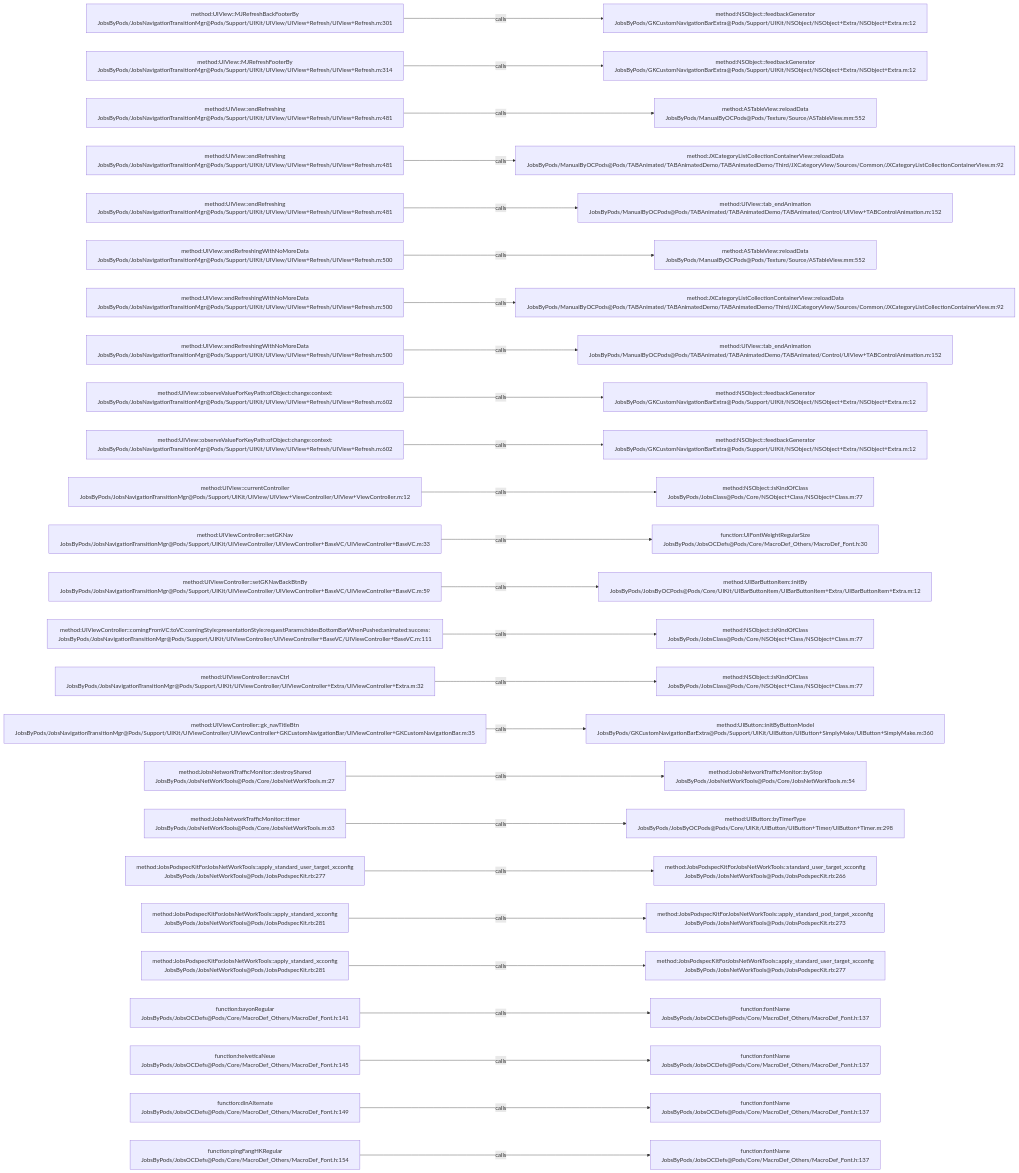
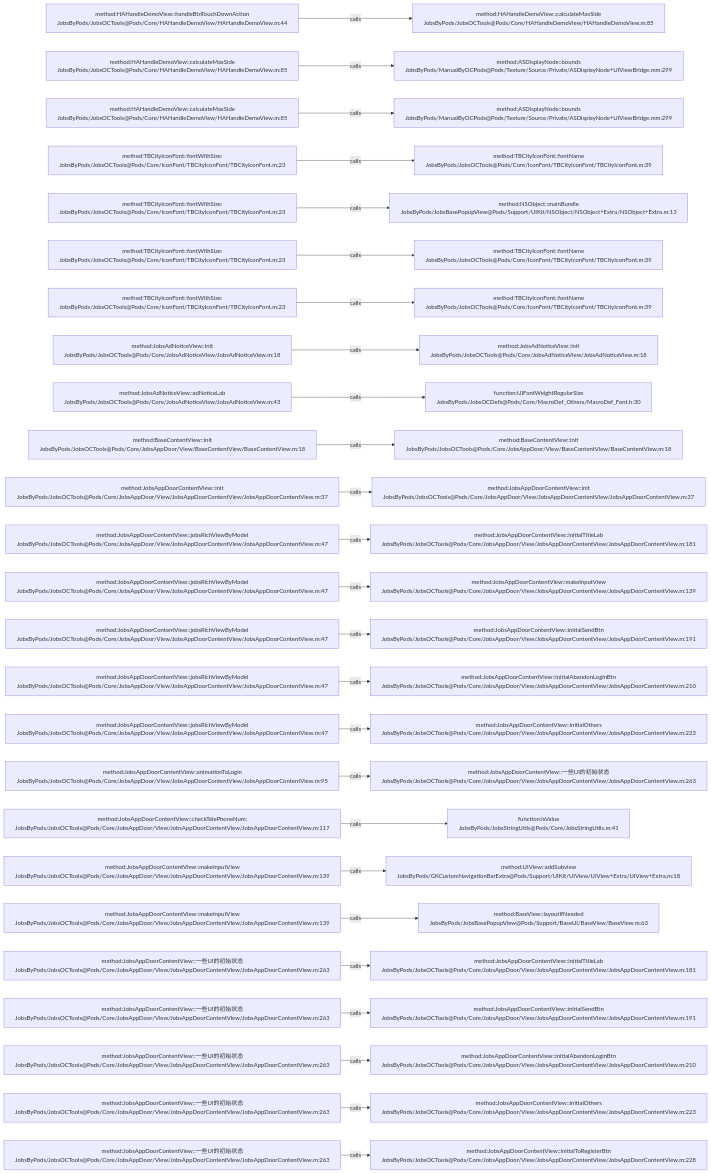
One commit to JobsKits/JobsOCBaseConfigDemo changed the diagram in .codegraph/codegraph.md/graphs/calls-142.md. Above: the diagram before and after it, drawn with Mermaid. The commit also changed 639 other files, not shown here.

````diff
--- a/.codegraph/codegraph.md/graphs/calls-142.md
+++ b/.codegraph/codegraph.md/graphs/calls-142.md
@@ -13,78 +13,78 @@
 ```mermaid
 flowchart LR
-  S1["method:UIView::MJRefreshBackFooterBy<br/>JobsByPods/JobsNavigationTransitionMgr@Pods/Support/UIKit/UIView/UIView+Refresh/UIView+Refresh.m:301"]
-  T1["method:NSObject::feedbackGenerator<br/>JobsByPods/GKCustomNavigationBarExtra@Pods/Support/UIKit/NSObject/NSObject+Extra/NSObject+Extra.m:12"]
+  S1["method:HAHandleDemoView::handleBtnTouchDownAction<br/>JobsByPods/JobsOCTools@Pods/Core/HAHandleDemoView/HAHandleDemoView.m:44"]
+  T1["method:HAHandleDemoView::calculateMaxSide<br/>JobsByPods/JobsOCTools@Pods/Core/HAHandleDemoView/HAHandleDemoView.m:85"]
   S1 -->|calls| T1
-  S2["method:UIView::MJRefreshFooterBy<br/>JobsByPods/JobsNavigationTransitionMgr@Pods/Support/UIKit/UIView/UIView+Refresh/UIView+Refresh.m:314"]
-  T2["method:NSObject::feedbackGenerator<br/>JobsByPods/GKCustomNavigationBarExtra@Pods/Support/UIKit/NSObject/NSObject+Extra/NSObject+Extra.m:12"]
+  S2["method:HAHandleDemoView::calculateMaxSide<br/>JobsByPods/JobsOCTools@Pods/Core/HAHandleDemoView/HAHandleDemoView.m:85"]
+  T2["method:ASDisplayNode::bounds<br/>JobsByPods/ManualByOCPods@Pods/Texture/Source/Private/ASDisplayNode+UIViewBridge.mm:299"]
   S2 -->|calls| T2
-  S3["method:UIView::endRefreshing<br/>JobsByPods/JobsNavigationTransitionMgr@Pods/Support/UIKit/UIView/UIView+Refresh/UIView+Refresh.m:481"]
-  T3["method:ASTableView::reloadData<br/>JobsByPods/ManualByOCPods@Pods/Texture/Source/ASTableView.mm:552"]
+  S3["method:HAHandleDemoView::calculateMaxSide<br/>JobsByPods/JobsOCTools@Pods/Core/HAHandleDemoView/HAHandleDemoView.m:85"]
+  T3["method:ASDisplayNode::bounds<br/>JobsByPods/ManualByOCPods@Pods/Texture/Source/Private/ASDisplayNode+UIViewBridge.mm:299"]
   S3 -->|calls| T3
-  S4["method:UIView::endRefreshing<br/>JobsByPods/JobsNavigationTransitionMgr@Pods/Support/UIKit/UIView/UIView+Refresh/UIView+Refresh.m:481"]
-  T4["method:JXCategoryListCollectionContainerView::reloadData<br/>JobsByPods/ManualByOCPods@Pods/TABAnimated/TABAnimatedDemo/TABAnimatedDemo/Third/JXCategoryView/Sources/Common/JXCategoryListCollectionContainerView.m:92"]
+  S4["method:TBCityIconFont::fontWithSize:<br/>JobsByPods/JobsOCTools@Pods/Core/IconFont/TBCityIconFont/TBCityIconFont.m:23"]
+  T4["method:TBCityIconFont::fontName<br/>JobsByPods/JobsOCTools@Pods/Core/IconFont/TBCityIconFont/TBCityIconFont.m:39"]
   S4 -->|calls| T4
-  S5["method:UIView::endRefreshing<br/>JobsByPods/JobsNavigationTransitionMgr@Pods/Support/UIKit/UIView/UIView+Refresh/UIView+Refresh.m:481"]
-  T5["method:UIView::tab_endAnimation<br/>JobsByPods/ManualByOCPods@Pods/TABAnimated/TABAnimatedDemo/TABAnimated/Control/UIView+TABControlAnimation.m:152"]
+  S5["method:TBCityIconFont::fontWithSize:<br/>JobsByPods/JobsOCTools@Pods/Core/IconFont/TBCityIconFont/TBCityIconFont.m:23"]
+  T5["method:NSObject::mainBundle<br/>JobsByPods/JobsBasePopupView@Pods/Support/UIKit/NSObject/NSObject+Extra/NSObject+Extra.m:13"]
   S5 -->|calls| T5
-  S6["method:UIView::endRefreshingWithNoMoreData<br/>JobsByPods/JobsNavigationTransitionMgr@Pods/Support/UIKit/UIView/UIView+Refresh/UIView+Refresh.m:500"]
-  T6["method:ASTableView::reloadData<br/>JobsByPods/ManualByOCPods@Pods/Texture/Source/ASTableView.mm:552"]
+  S6["method:TBCityIconFont::fontWithSize:<br/>JobsByPods/JobsOCTools@Pods/Core/IconFont/TBCityIconFont/TBCityIconFont.m:23"]
+  T6["method:TBCityIconFont::fontName<br/>JobsByPods/JobsOCTools@Pods/Core/IconFont/TBCityIconFont/TBCityIconFont.m:39"]
   S6 -->|calls| T6
-  S7["method:UIView::endRefreshingWithNoMoreData<br/>JobsByPods/JobsNavigationTransitionMgr@Pods/Support/UIKit/UIView/UIView+Refresh/UIView+Refresh.m:500"]
-  T7["method:JXCategoryListCollectionContainerView::reloadData<br/>JobsByPods/ManualByOCPods@Pods/TABAnimated/TABAnimatedDemo/TABAnimatedDemo/Third/JXCategoryView/Sources/Common/JXCategoryListCollectionContainerView.m:92"]
+  S7["method:TBCityIconFont::fontWithSize:<br/>JobsByPods/JobsOCTools@Pods/Core/IconFont/TBCityIconFont/TBCityIconFont.m:23"]
+  T7["method:TBCityIconFont::fontName<br/>JobsByPods/JobsOCTools@Pods/Core/IconFont/TBCityIconFont/TBCityIconFont.m:39"]
   S7 -->|calls| T7
-  S8["method:UIView::endRefreshingWithNoMoreData<br/>JobsByPods/JobsNavigationTransitionMgr@Pods/Support/UIKit/UIView/UIView+Refresh/UIView+Refresh.m:500"]
-  T8["method:UIView::tab_endAnimation<br/>JobsByPods/ManualByOCPods@Pods/TABAnimated/TABAnimatedDemo/TABAnimated/Control/UIView+TABControlAnimation.m:152"]
+  S8["method:JobsAdNoticeView::init<br/>JobsByPods/JobsOCTools@Pods/Core/JobsAdNoticeView/JobsAdNoticeView.m:18"]
+  T8["method:JobsAdNoticeView::init<br/>JobsByPods/JobsOCTools@Pods/Core/JobsAdNoticeView/JobsAdNoticeView.m:18"]
   S8 -->|calls| T8
-  S9["method:UIView::observeValueForKeyPath:ofObject:change:context:<br/>JobsByPods/JobsNavigationTransitionMgr@Pods/Support/UIKit/UIView/UIView+Refresh/UIView+Refresh.m:602"]
-  T9["method:NSObject::feedbackGenerator<br/>JobsByPods/GKCustomNavigationBarExtra@Pods/Support/UIKit/NSObject/NSObject+Extra/NSObject+Extra.m:12"]
+  S9["method:JobsAdNoticeView::adNoticeLab<br/>JobsByPods/JobsOCTools@Pods/Core/JobsAdNoticeView/JobsAdNoticeView.m:43"]
+  T9["function:UIFontWeightRegularSize<br/>JobsByPods/JobsOCDefs@Pods/Core/MacroDef_Others/MacroDef_Font.h:30"]
   S9 -->|calls| T9
-  S10["method:UIView::observeValueForKeyPath:ofObject:change:context:<br/>JobsByPods/JobsNavigationTransitionMgr@Pods/Support/UIKit/UIView/UIView+Refresh/UIView+Refresh.m:602"]
-  T10["method:NSObject::feedbackGenerator<br/>JobsByPods/GKCustomNavigationBarExtra@Pods/Support/UIKit/NSObject/NSObject+Extra/NSObject+Extra.m:12"]
+  S10["method:BaseContentView::init<br/>JobsByPods/JobsOCTools@Pods/Core/JobsAppDoor/View/BaseContentView/BaseContentView.m:18"]
+  T10["method:BaseContentView::init<br/>JobsByPods/JobsOCTools@Pods/Core/JobsAppDoor/View/BaseContentView/BaseContentView.m:18"]
   S10 -->|calls| T10
-  S11["method:UIView::currentController<br/>JobsByPods/JobsNavigationTransitionMgr@Pods/Support/UIKit/UIView/UIView+ViewController/UIView+ViewController.m:12"]
-  T11["method:NSObject::isKindOfClass<br/>JobsByPods/JobsClass@Pods/Core/NSObject+Class/NSObject+Class.m:77"]
+  S11["method:JobsAppDoorContentView::init<br/>JobsByPods/JobsOCTools@Pods/Core/JobsAppDoor/View/JobsAppDoorContentView/JobsAppDoorContentView.m:37"]
+  T11["method:JobsAppDoorContentView::init<br/>JobsByPods/JobsOCTools@Pods/Core/JobsAppDoor/View/JobsAppDoorContentView/JobsAppDoorContentView.m:37"]
   S11 -->|calls| T11
-  S12["method:UIViewController::setGKNav<br/>JobsByPods/JobsNavigationTransitionMgr@Pods/Support/UIKit/UIViewController/UIViewController+BaseVC/UIViewController+BaseVC.m:33"]
-  T12["function:UIFontWeightRegularSize<br/>JobsByPods/JobsOCDefs@Pods/Core/MacroDef_Others/MacroDef_Font.h:30"]
+  S12["method:JobsAppDoorContentView::jobsRichViewByModel<br/>JobsByPods/JobsOCTools@Pods/Core/JobsAppDoor/View/JobsAppDoorContentView/JobsAppDoorContentView.m:47"]
+  T12["method:JobsAppDoorContentView::initialTitleLab<br/>JobsByPods/JobsOCTools@Pods/Core/JobsAppDoor/View/JobsAppDoorContentView/JobsAppDoorContentView.m:181"]
   S12 -->|calls| T12
-  S13["method:UIViewController::setGKNavBackBtnBy<br/>JobsByPods/JobsNavigationTransitionMgr@Pods/Support/UIKit/UIViewController/UIViewController+BaseVC/UIViewController+BaseVC.m:59"]
-  T13["method:UIBarButtonItem::initBy<br/>JobsByPods/JobsByOCPods@Pods/Core/UIKit/UIBarButtonItem/UIBarButtonItem+Extra/UIBarButtonItem+Extra.m:12"]
+  S13["method:JobsAppDoorContentView::jobsRichViewByModel<br/>JobsByPods/JobsOCTools@Pods/Core/JobsAppDoor/View/JobsAppDoorContentView/JobsAppDoorContentView.m:47"]
+  T13["method:JobsAppDoorContentView::makeInputView<br/>JobsByPods/JobsOCTools@Pods/Core/JobsAppDoor/View/JobsAppDoorContentView/JobsAppDoorContentView.m:139"]
   S13 -->|calls| T13
-  S14["method:UIViewController::comingFromVC:toVC:comingStyle:presentationStyle:requestParams:hidesBottomBarWhenPushed:animated:success:<br/>JobsByPods/JobsNavigationTransitionMgr@Pods/Support/UIKit/UIViewController/UIViewController+BaseVC/UIViewController+BaseVC.m:111"]
-  T14["method:NSObject::isKindOfClass<br/>JobsByPods/JobsClass@Pods/Core/NSObject+Class/NSObject+Class.m:77"]
+  S14["method:JobsAppDoorContentView::jobsRichViewByModel<br/>JobsByPods/JobsOCTools@Pods/Core/JobsAppDoor/View/JobsAppDoorContentView/JobsAppDoorContentView.m:47"]
+  T14["method:JobsAppDoorContentView::initialSendBtn<br/>JobsByPods/JobsOCTools@Pods/Core/JobsAppDoor/View/JobsAppDoorContentView/JobsAppDoorContentView.m:191"]
   S14 -->|calls| T14
-  S15["method:UIViewController::navCtrl<br/>JobsByPods/JobsNavigationTransitionMgr@Pods/Support/UIKit/UIViewController/UIViewController+Extra/UIViewController+Extra.m:32"]
-  T15["method:NSObject::isKindOfClass<br/>JobsByPods/JobsClass@Pods/Core/NSObject+Class/NSObject+Class.m:77"]
+  S15["method:JobsAppDoorContentView::jobsRichViewByModel<br/>JobsByPods/JobsOCTools@Pods/Core/JobsAppDoor/View/JobsAppDoorContentView/JobsAppDoorContentView.m:47"]
+  T15["method:JobsAppDoorContentView::initialAbandonLoginBtn<br/>JobsByPods/JobsOCTools@Pods/Core/JobsAppDoor/View/JobsAppDoorContentView/JobsAppDoorContentView.m:210"]
   S15 -->|calls| T15
-  S16["method:UIViewController::gk_navTitleBtn<br/>JobsByPods/JobsNavigationTransitionMgr@Pods/Support/UIKit/UIViewController/UIViewController+GKCustomNavigationBar/UIViewController+GKCustomNavigationBar.m:35"]
-  T16["method:UIButton::initByButtonModel<br/>JobsByPods/GKCustomNavigationBarExtra@Pods/Support/UIKit/UIButton/UIButton+SimplyMake/UIButton+SimplyMake.m:360"]
+  S16["method:JobsAppDoorContentView::jobsRichViewByModel<br/>JobsByPods/JobsOCTools@Pods/Core/JobsAppDoor/View/JobsAppDoorContentView/JobsAppDoorContentView.m:47"]
+  T16["method:JobsAppDoorContentView::initialOthers<br/>JobsByPods/JobsOCTools@Pods/Core/JobsAppDoor/View/JobsAppDoorContentView/JobsAppDoorContentView.m:223"]
   S16 -->|calls| T16
-  S17["method:JobsNetworkTrafficMonitor::destroyShared<br/>JobsByPods/JobsNetWorkTools@Pods/Core/JobsNetWorkTools.m:27"]
-  T17["method:JobsNetworkTrafficMonitor::byStop<br/>JobsByPods/JobsNetWorkTools@Pods/Core/JobsNetWorkTools.m:54"]
+  S17["method:JobsAppDoorContentView::animationToLogin<br/>JobsByPods/JobsOCTools@Pods/Core/JobsAppDoor/View/JobsAppDoorContentView/JobsAppDoorContentView.m:95"]
+  T17["method:JobsAppDoorContentView::一些UI的初始状态<br/>JobsByPods/JobsOCTools@Pods/Core/JobsAppDoor/View/JobsAppDoorContentView/JobsAppDoorContentView.m:263"]
   S17 -->|calls| T17
-  S18["method:JobsNetworkTrafficMonitor::timer<br/>JobsByPods/JobsNetWorkTools@Pods/Core/JobsNetWorkTools.m:63"]
-  T18["method:UIButton::byTimerType<br/>JobsByPods/JobsByOCPods@Pods/Core/UIKit/UIButton/UIButton+Timer/UIButton+Timer.m:298"]
+  S18["method:JobsAppDoorContentView::checkTelePhoneNum:<br/>JobsByPods/JobsOCTools@Pods/Core/JobsAppDoor/View/JobsAppDoorContentView/JobsAppDoorContentView.m:117"]
+  T18["function:isValue<br/>JobsByPods/JobsStringUtils@Pods/Core/JobsStringUtils.m:41"]
   S18 -->|calls| T18
-  S19["method:JobsPodspecKitForJobsNetWorkTools::apply_standard_user_target_xcconfig<br/>JobsByPods/JobsNetWorkTools@Pods/JobsPodspecKit.rb:277"]
-  T19["method:JobsPodspecKitForJobsNetWorkTools::standard_user_target_xcconfig<br/>JobsByPods/JobsNetWorkTools@Pods/JobsPodspecKit.rb:266"]
+  S19["method:JobsAppDoorContentView::makeInputView<br/>JobsByPods/JobsOCTools@Pods/Core/JobsAppDoor/View/JobsAppDoorContentView/JobsAppDoorContentView.m:139"]
+  T19["method:UIView::addSubview<br/>JobsByPods/GKCustomNavigationBarExtra@Pods/Support/UIKit/UIView/UIView+Extra/UIView+Extra.m:18"]
   S19 -->|calls| T19
-  S20["method:JobsPodspecKitForJobsNetWorkTools::apply_standard_xcconfig<br/>JobsByPods/JobsNetWorkTools@Pods/JobsPodspecKit.rb:281"]
-  T20["method:JobsPodspecKitForJobsNetWorkTools::apply_standard_pod_target_xcconfig<br/>JobsByPods/JobsNetWorkTools@Pods/JobsPodspecKit.rb:273"]
+  S20["method:JobsAppDoorContentView::makeInputView<br/>JobsByPods/JobsOCTools@Pods/Core/JobsAppDoor/View/JobsAppDoorContentView/JobsAppDoorContentView.m:139"]
+  T20["method:BaseView::layoutIfNeeded<br/>JobsByPods/JobsBasePopupView@Pods/Support/BaseUI/BaseView/BaseView.m:63"]
   S20 -->|calls| T20
-  S21["method:JobsPodspecKitForJobsNetWorkTools::apply_standard_xcconfig<br/>JobsByPods/JobsNetWorkTools@Pods/JobsPodspecKit.rb:281"]
-  T21["method:JobsPodspecKitForJobsNetWorkTools::apply_standard_user_target_xcconfig<br/>JobsByPods/JobsNetWorkTools@Pods/JobsPodspecKit.rb:277"]
+  S21["method:JobsAppDoorContentView::一些UI的初始状态<br/>JobsByPods/JobsOCTools@Pods/Core/JobsAppDoor/View/JobsAppDoorContentView/JobsAppDoorContentView.m:263"]
+  T21["method:JobsAppDoorContentView::initialTitleLab<br/>JobsByPods/JobsOCTools@Pods/Core/JobsAppDoor/View/JobsAppDoorContentView/JobsAppDoorContentView.m:181"]
   S21 -->|calls| T21
-  S22["function:bayonRegular<br/>JobsByPods/JobsOCDefs@Pods/Core/MacroDef_Others/MacroDef_Font.h:141"]
-  T22["function:fontName<br/>JobsByPods/JobsOCDefs@Pods/Core/MacroDef_Others/MacroDef_Font.h:137"]
+  S22["method:JobsAppDoorContentView::一些UI的初始状态<br/>JobsByPods/JobsOCTools@Pods/Core/JobsAppDoor/View/JobsAppDoorContentView/JobsAppDoorContentView.m:263"]
+  T22["method:JobsAppDoorContentView::initialSendBtn<br/>JobsByPods/JobsOCTools@Pods/Core/JobsAppDoor/View/JobsAppDoorContentView/JobsAppDoorContentView.m:191"]
   S22 -->|calls| T22
-  S23["function:helveticaNeue<br/>JobsByPods/JobsOCDefs@Pods/Core/MacroDef_Others/MacroDef_Font.h:145"]
-  T23["function:fontName<br/>JobsByPods/JobsOCDefs@Pods/Core/MacroDef_Others/MacroDef_Font.h:137"]
+  S23["method:JobsAppDoorContentView::一些UI的初始状态<br/>JobsByPods/JobsOCTools@Pods/Core/JobsAppDoor/View/JobsAppDoorContentView/JobsAppDoorContentView.m:263"]
+  T23["method:JobsAppDoorContentView::initialAbandonLoginBtn<br/>JobsByPods/JobsOCTools@Pods/Core/JobsAppDoor/View/JobsAppDoorContentView/JobsAppDoorContentView.m:210"]
   S23 -->|calls| T23
-  S24["function:dinAlternate<br/>JobsByPods/JobsOCDefs@Pods/Core/MacroDef_Others/MacroDef_Font.h:149"]
-  T24["function:fontName<br/>JobsByPods/JobsOCDefs@Pods/Core/MacroDef_Others/MacroDef_Font.h:137"]
+  S24["method:JobsAppDoorContentView::一些UI的初始状态<br/>JobsByPods/JobsOCTools@Pods/Core/JobsAppDoor/View/JobsAppDoorContentView/JobsAppDoorContentView.m:263"]
+  T24["method:JobsAppDoorContentView::initialOthers<br/>JobsByPods/JobsOCTools@Pods/Core/JobsAppDoor/View/JobsAppDoorContentView/JobsAppDoorContentView.m:223"]
   S24 -->|calls| T24
-  S25["function:pingFangHKRegular<br/>JobsByPods/JobsOCDefs@Pods/Core/MacroDef_Others/MacroDef_Font.h:154"]
-  T25["function:fontName<br/>JobsByPods/JobsOCDefs@Pods/Core/MacroDef_Others/MacroDef_Font.h:137"]
+  S25["method:JobsAppDoorContentView::一些UI的初始状态<br/>JobsByPods/JobsOCTools@Pods/Core/JobsAppDoor/View/JobsAppDoorContentView/JobsAppDoorContentView.m:263"]
+  T25["method:JobsAppDoorContentView::initialToRegisterBtn<br/>JobsByPods/JobsOCTools@Pods/Core/JobsAppDoor/View/JobsAppDoorContentView/JobsAppDoorContentView.m:228"]
   S25 -->|calls| T25
 ```
````
